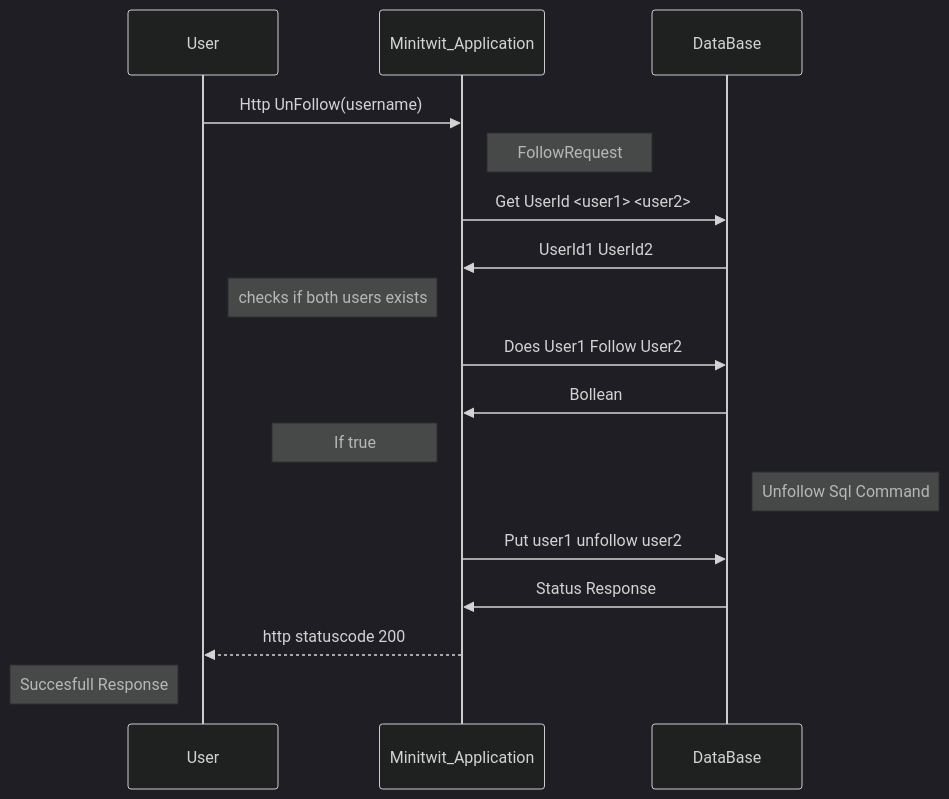
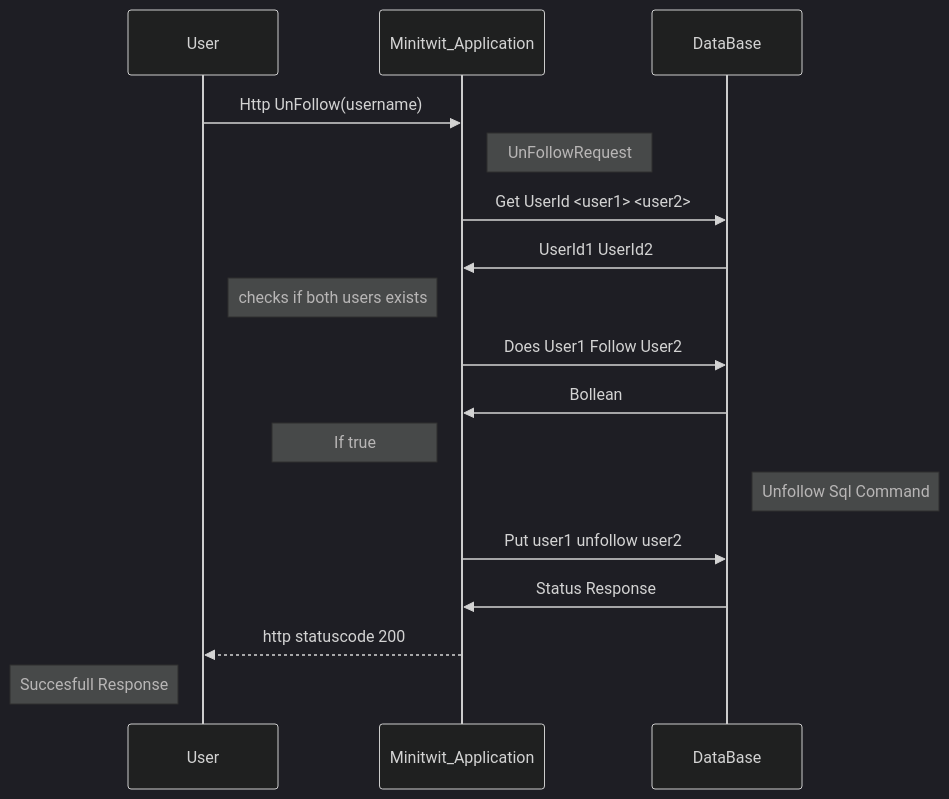
Before and after one commit to Docker-Daze/itu-minitwit: the second of 2 diagrams in report/report.md, drawn with Mermaid (dark theme). The commit also changed other lines of this file, not shown here.

Commit message:
fixed sequence diagrams

````diff
--- a/report/report.md
+++ b/report/report.md
@@ -289,19 +289,19 @@
 ```mermaid
 sequenceDiagram
     participant User
     participant Minitwit_Application
     participant DataBase
     User->>Minitwit_Application: Http UnFollow(username)
-    Note right of Minitwit_Application: FollowRequest
+    Note right of Minitwit_Application: UnFollowRequest
     Minitwit_Application->>DataBase: Get UserId <user1> <user2>
     DataBase->>Minitwit_Application: UserId1 UserId2
     Note left of Minitwit_Application: checks if both users exists
     Minitwit_Application->>DataBase: Does User1 Follow User2
     DataBase->>Minitwit_Application: Bollean
     Note left of Minitwit_Application: If true
     Note right of DataBase: Unfollow Sql Command
     Minitwit_Application->>DataBase: Put user1 unfollow user2
     DataBase->>Minitwit_Application: Status Response 
     Minitwit_Application-->>User: http statuscode 200
     Note left of User: Succesfull Response
 ```
````
